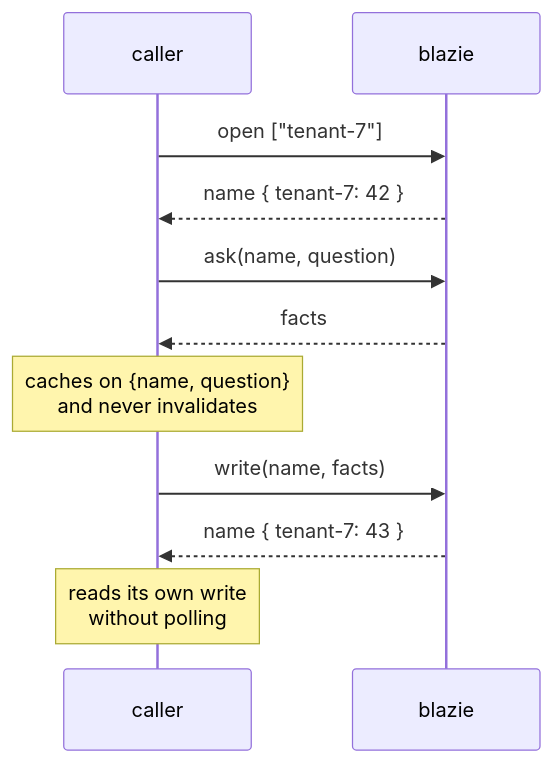
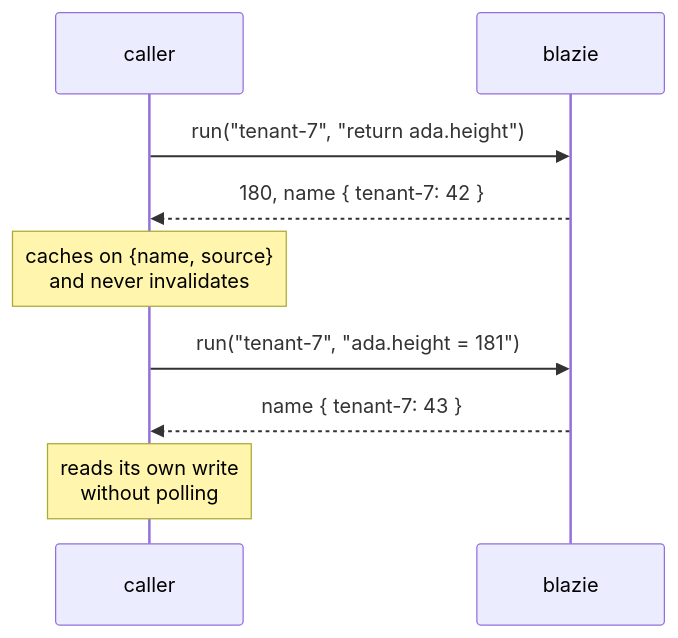
One commit to shinyobjectz/blazie changed the sixth of 8 diagrams in DESIGN.md. Above: the diagram before and after it, drawn with Mermaid. The commit also changed other lines of this file and 1 other file, not shown here.

Commit message:
the docs describe the api that exists
README opened with fourteen words and "open · ask · write · watch — four things
you do to them". Three of those four are gone, and the words were never the
point for a reader: they name what this is made of, which is a different
question from what you type.

It now opens with what using it looks like — six lines of Lua — and the
operations section says there is one door. The ontology paragraph stays, with a
sentence saying what those words are for, because a reader who meets "fact" in a
doctrine and cannot find it in the API should be told why rather than left to
work it out.

DESIGN.md's sequence diagram showed a caller doing open then ask then write. It
shows a run. The vocabulary table is unchanged and now says the words are what
this is made of, not what a caller performs.

````diff
--- a/DESIGN.md
+++ b/DESIGN.md
@@ -188,13 +188,11 @@
 ```mermaid
 sequenceDiagram
     participant C as caller
     participant B as blazie
-    C->>B: open ["tenant-7"]
-    B-->>C: name { tenant-7: 42 }
-    C->>B: ask(name, question)
-    B-->>C: facts
-    Note over C: caches on {name, question}<br/>and never invalidates
-    C->>B: write(name, facts)
+    C->>B: run("tenant-7", "return ada.height")
+    B-->>C: 180, name { tenant-7: 42 }
+    Note over C: caches on {name, source}<br/>and never invalidates
+    C->>B: run("tenant-7", "ada.height = 181")
     B-->>C: name { tenant-7: 43 }
     Note over C: reads its own write<br/>without polling
 ```
````
